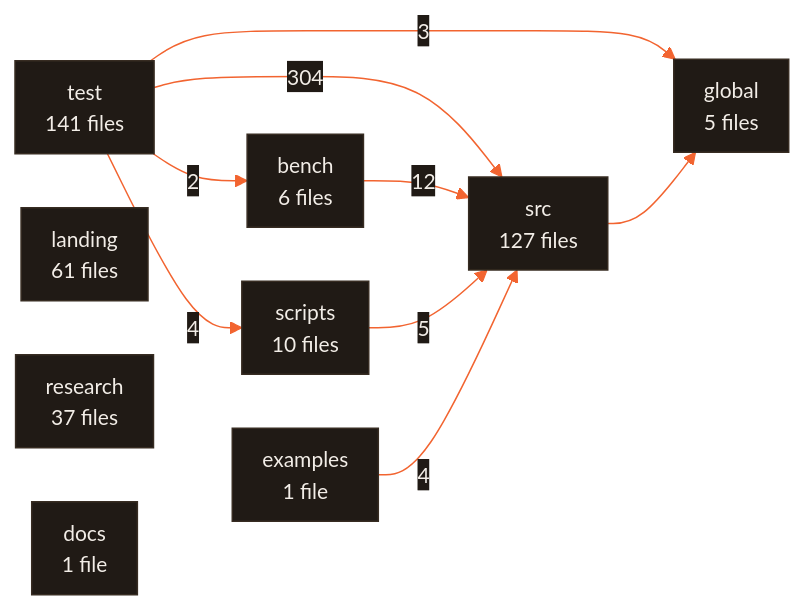
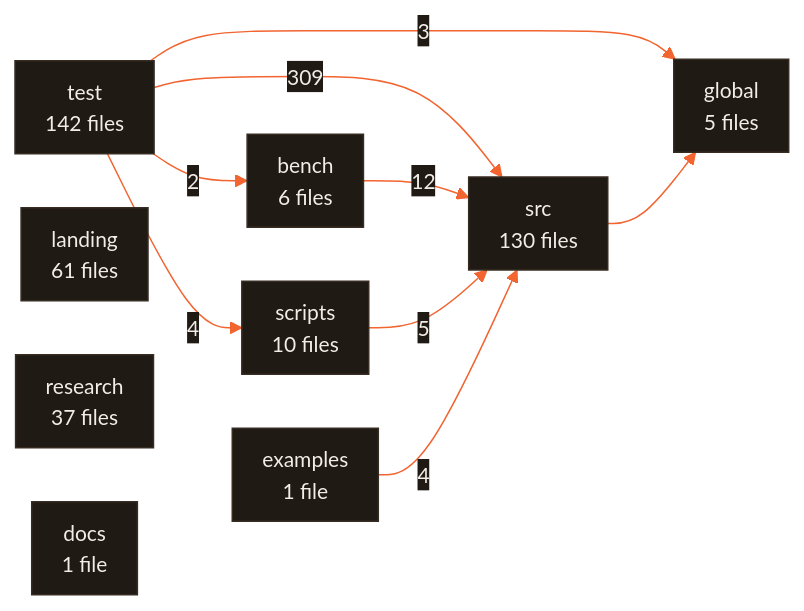
The diagram in ARCHITECTURE.md (CodeWithJuber/forgekit), drawn with Mermaid before and after one commit. The commit also changed other lines of this file and 22 other files, not shown here.

````diff
--- a/ARCHITECTURE.md
+++ b/ARCHITECTURE.md
@@ -654,21 +670,21 @@
 ```mermaid
 %%{init: {'theme':'base','themeVariables':{'primaryColor':'#201a15','primaryTextColor':'#f2ede7','primaryBorderColor':'#372c22','lineColor':'#f26430','secondaryColor':'#272019','tertiaryColor':'#171310','edgeLabelBackground':'#201a15','clusterBkg':'#171310','clusterBorder':'#4a3b2e','fontFamily':'ui-sans-serif, system-ui, sans-serif','fontSize':'14px'},'flowchart':{'curve':'basis','padding':10,'nodeSpacing':36,'rankSpacing':44}}}%%
 flowchart LR
-  test["test<br/>141 files"]
-  src["src<br/>127 files"]
+  test["test<br/>142 files"]
+  src["src<br/>130 files"]
   landing["landing<br/>61 files"]
   research["research<br/>37 files"]
   scripts["scripts<br/>10 files"]
   bench["bench<br/>6 files"]
   global["global<br/>5 files"]
   docs["docs<br/>1 file"]
   examples["examples<br/>1 file"]
-  test -- 304 --> src
+  test -- 309 --> src
   bench -- 12 --> src
   scripts -- 5 --> src
   examples -- 4 --> src
   test -- 4 --> scripts
   test -- 3 --> global
   test -- 2 --> bench
   src --> global
 ```
````
